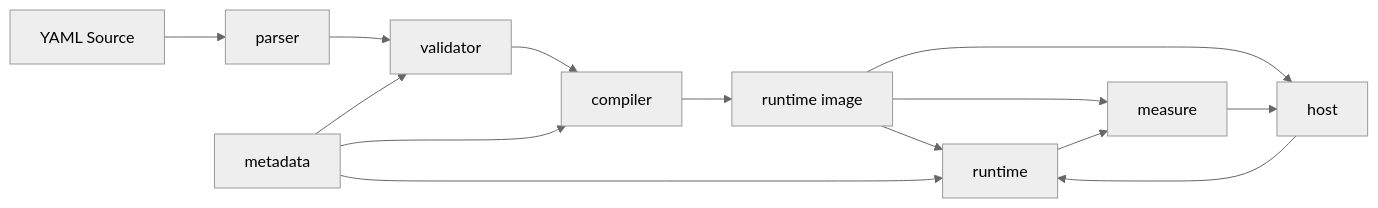
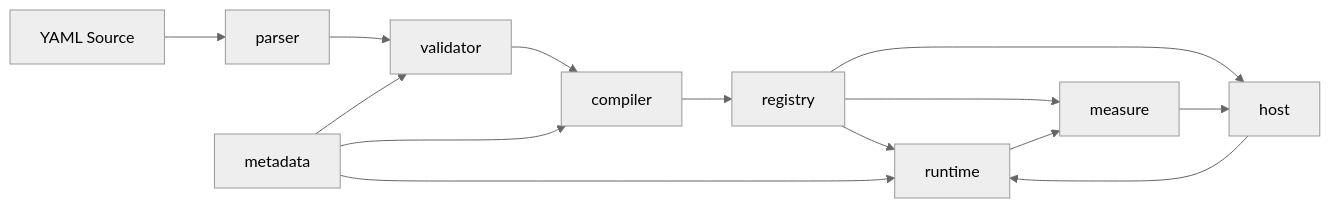
One commit to kohebth/audio-playground changed the diagram in docs/UNIT_V2_ARCHITECTURE.md. Above: the diagram before and after it, drawn with Mermaid (neutral theme). The commit also changed other lines of this file and 37 other files, not shown here.

Commit message:
refactor: rename runtime image to registry

````diff
--- a/docs/UNIT_V2_ARCHITECTURE.md
+++ b/docs/UNIT_V2_ARCHITECTURE.md
@@ -7,16 +7,16 @@
 ```mermaid
 flowchart LR
     Source["YAML Source"] --> Parser["parser"]
     Parser --> Validator["validator"]
     Metadata["metadata"] --> Validator
     Validator --> Compiler["compiler"]
     Metadata --> Compiler
-    Compiler --> RuntimeImage["runtime image"]
-    RuntimeImage --> Runtime["runtime"]
-    RuntimeImage --> Measure["measure"]
+    Compiler --> Registry["registry"]
+    Registry --> Runtime["runtime"]
+    Registry --> Measure["measure"]
     Runtime --> Measure
     Metadata --> Runtime
-    RuntimeImage --> Host["host"]
+    Registry --> Host["host"]
     Measure --> Host
     Host --> Runtime
 ```
````
